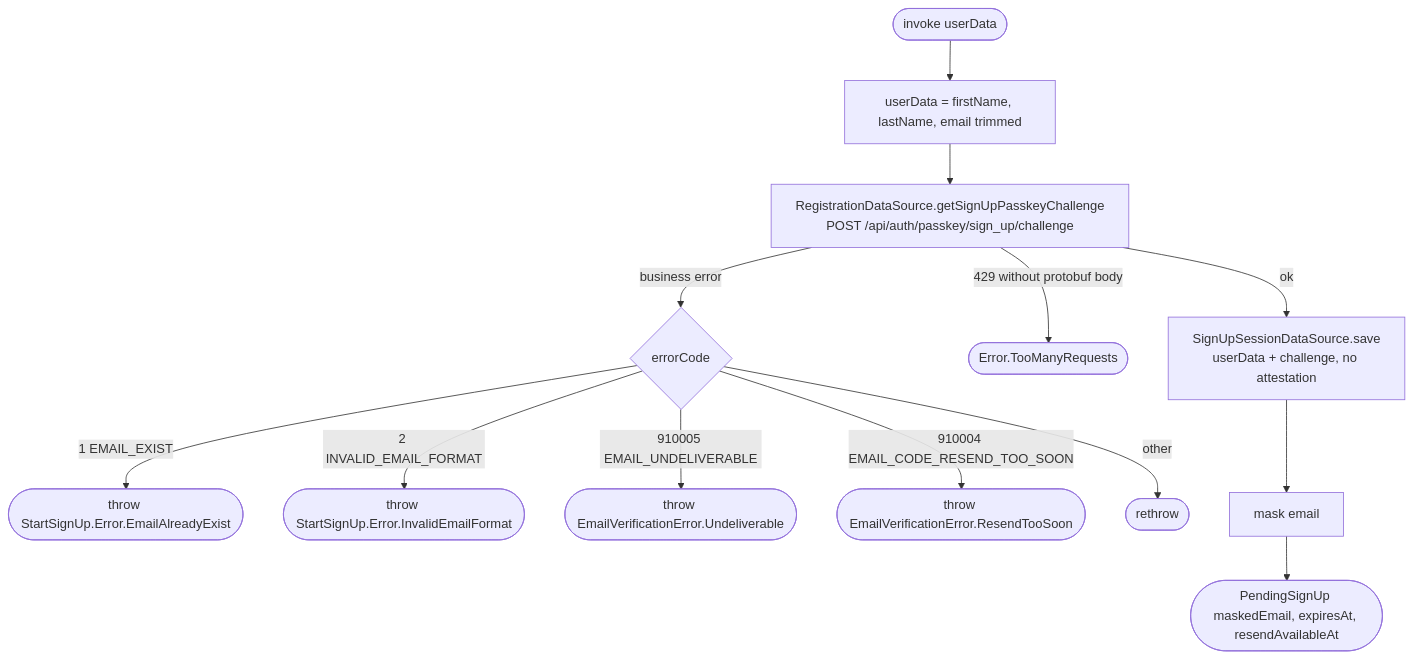
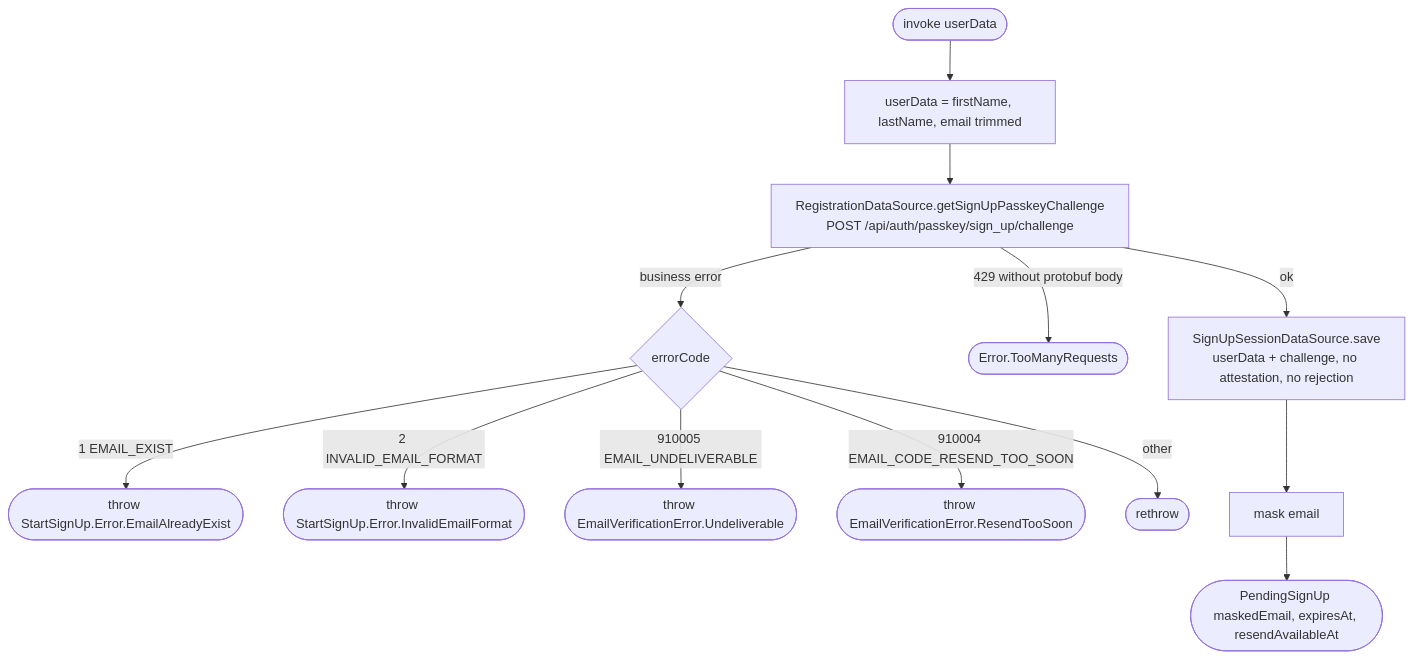
Before and after one commit to nocturneproperties/bookkme-client: the diagram in docs/operations/authorization/start-sign-up.md, drawn with Mermaid. The commit also changed other lines of this file and 54 other files, not shown here.

````diff
--- a/docs/operations/authorization/start-sign-up.md
+++ b/docs/operations/authorization/start-sign-up.md
@@ -23,15 +24,15 @@
 ```mermaid
 flowchart TD
     Start([invoke userData]) --> Trim[userData = firstName, lastName, email trimmed]
     Trim --> Ch[RegistrationDataSource.getSignUpPasskeyChallenge<br/>POST /api/auth/passkey/sign_up/challenge]
     Ch -- business error --> ChC{errorCode}
     ChC -- 1 EMAIL_EXIST --> E1([throw StartSignUp.Error.EmailAlreadyExist])
     ChC -- 2 INVALID_EMAIL_FORMAT --> E2([throw StartSignUp.Error.InvalidEmailFormat])
     ChC -- 910005 EMAIL_UNDELIVERABLE --> E3([throw EmailVerificationError.Undeliverable])
     ChC -- 910004 EMAIL_CODE_RESEND_TOO_SOON --> E4([throw EmailVerificationError.ResendTooSoon])
     ChC -- other --> EX([rethrow])
     Ch -- 429 without protobuf body --> TM([Error.TooManyRequests])
-    Ch -- ok --> Save[SignUpSessionDataSource.save<br/>userData + challenge, no attestation]
+    Ch -- ok --> Save[SignUpSessionDataSource.save<br/>userData + challenge, no attestation, no rejection]
     Save --> Mask[mask email]
     Mask --> R([PendingSignUp maskedEmail, expiresAt, resendAvailableAt])
 ```
````
